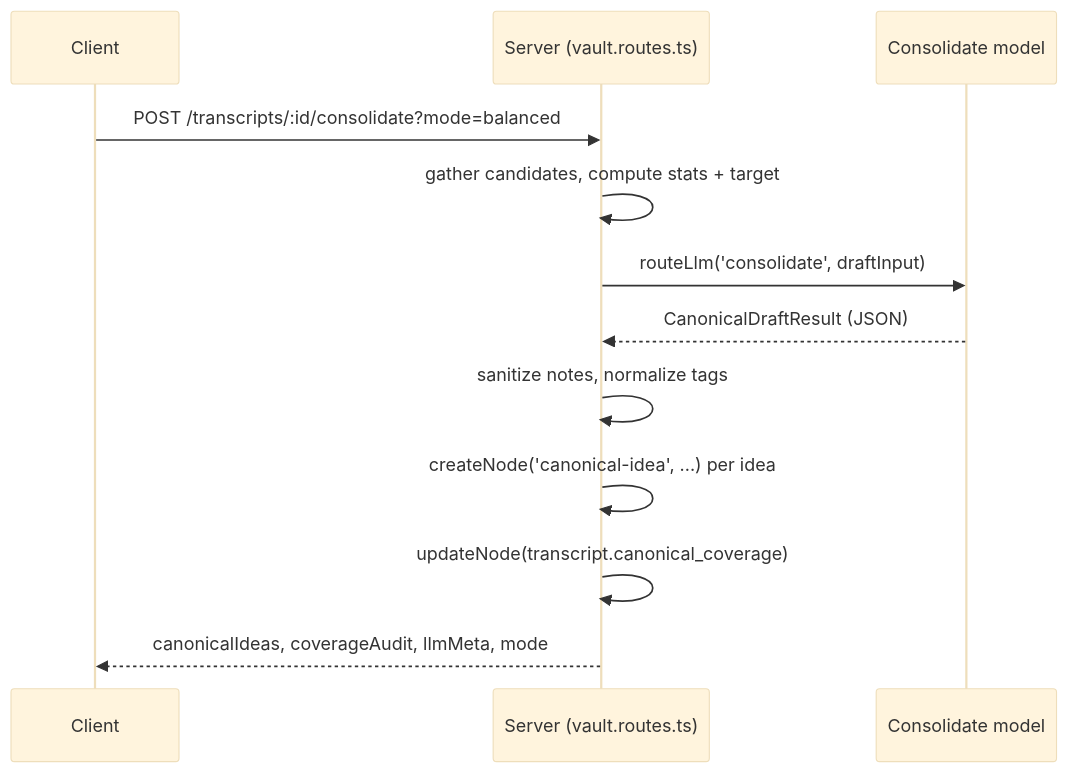
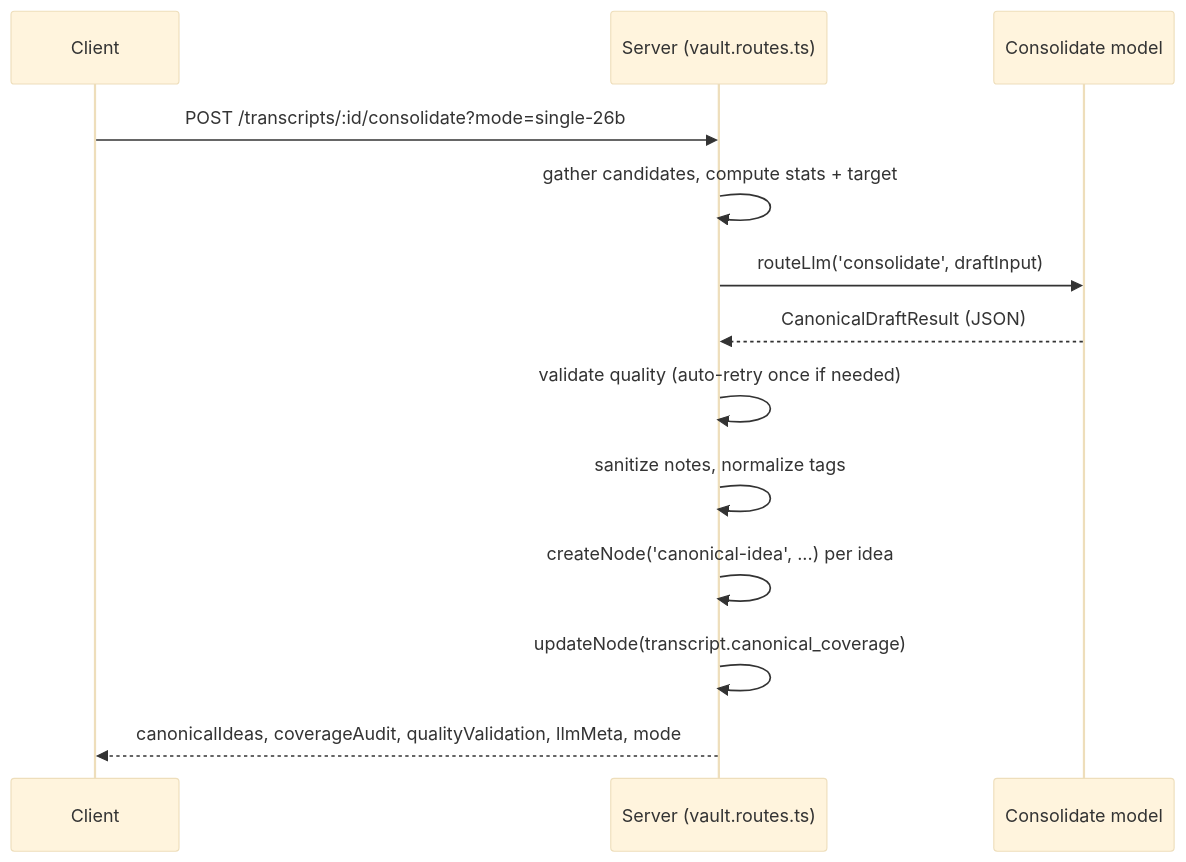
The third of 5 diagrams in docs/08_CANONICAL_IDEA_CONSOLIDATION.md (finografic/llaab), drawn with Mermaid (base theme) before and after one commit. The commit also changed other lines of this file and 8 other files, not shown here.

First line of the commit message:
feat(vault): add consolidation quality validation and compact 26b default

````diff
--- a/docs/08_CANONICAL_IDEA_CONSOLIDATION.md
+++ b/docs/08_CANONICAL_IDEA_CONSOLIDATION.md
@@ -153,15 +153,16 @@
 ```mermaid
 sequenceDiagram
   participant Client
   participant Server as Server (vault.routes.ts)
   participant Model as Consolidate model
 
-  Client->>Server: POST /transcripts/:id/consolidate?mode=balanced
+  Client->>Server: POST /transcripts/:id/consolidate?mode=single-26b
   Server->>Server: gather candidates, compute stats + target
   Server->>Model: routeLlm('consolidate', draftInput)
   Model-->>Server: CanonicalDraftResult (JSON)
+  Server->>Server: validate quality (auto-retry once if needed)
   Server->>Server: sanitize notes, normalize tags
   Server->>Server: createNode('canonical-idea', ...) per idea
   Server->>Server: updateNode(transcript.canonical_coverage)
-  Server-->>Client: canonicalIdeas, coverageAudit, llmMeta, mode
+  Server-->>Client: canonicalIdeas, coverageAudit, qualityValidation, llmMeta, mode
 ```
````
